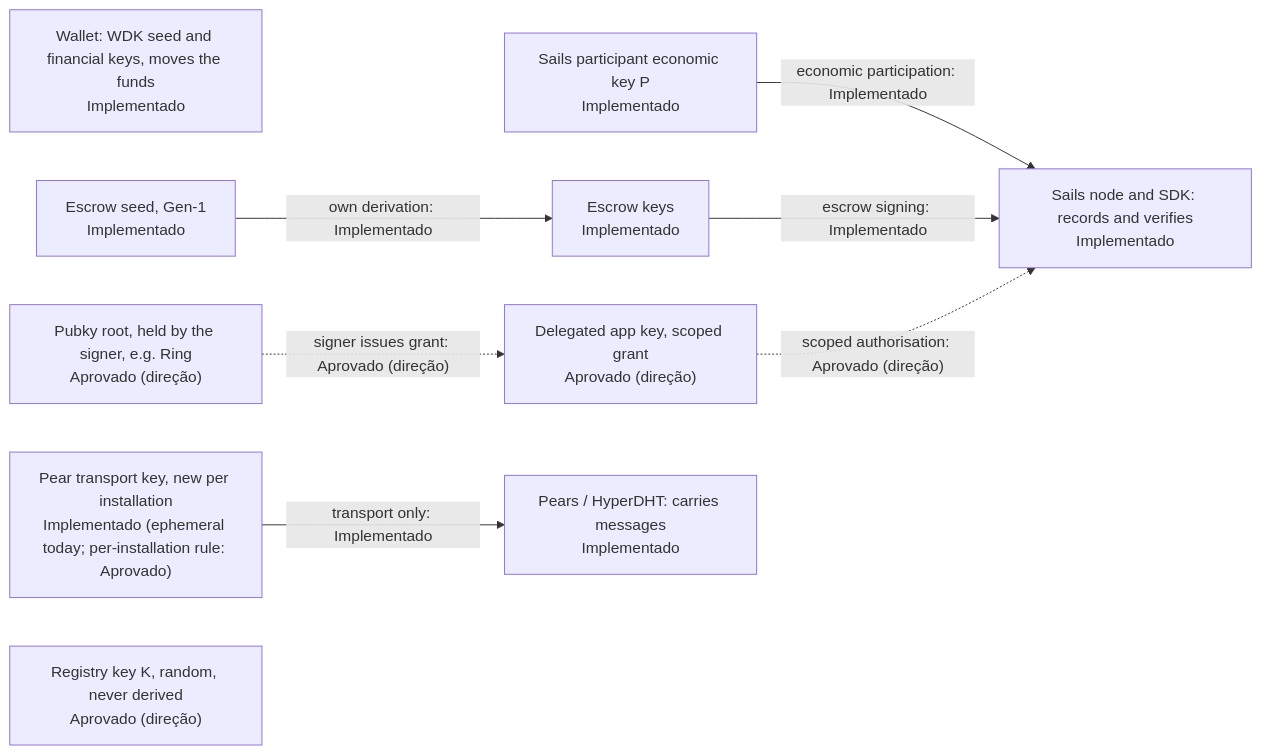
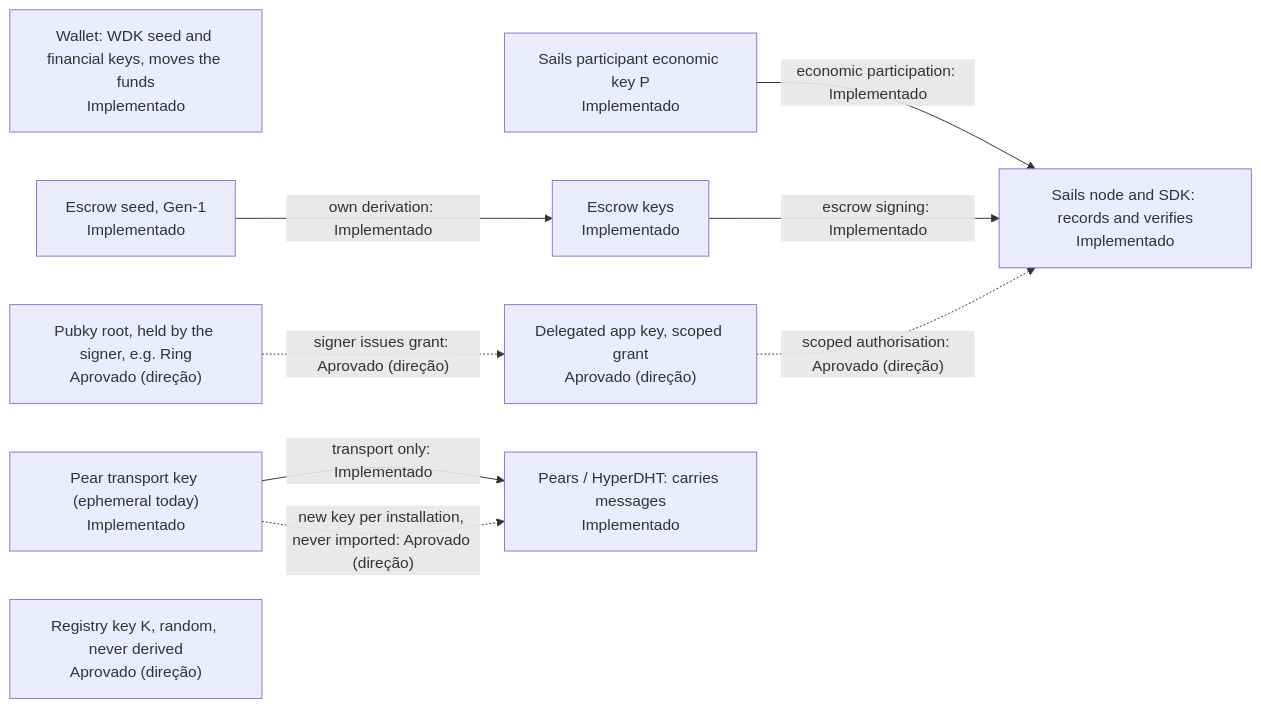
Before and after one commit to sails-protocol/Sails-Protocol: the third of 6 diagrams in docs/SYSTEM_DESIGN.md, drawn with Mermaid. The commit also changed other lines of this file, not shown here.

Commit message:
docs: ajustes de segurança/precisão dos diagramas de identidade (GK)

````diff
--- a/docs/SYSTEM_DESIGN.md
+++ b/docs/SYSTEM_DESIGN.md
@@ -643,19 +643,20 @@
 ```mermaid
 flowchart LR
   WDK["Wallet: WDK seed and financial keys, moves the funds<br/>Implementado"]
   P["Sails participant economic key P<br/>Implementado"]
   ES["Escrow seed, Gen-1<br/>Implementado"]
   EK["Escrow keys<br/>Implementado"]
   PR["Pubky root, held by the signer, e.g. Ring<br/>Aprovado (direção)"]
   DK["Delegated app key, scoped grant<br/>Aprovado (direção)"]
-  PK["Pear transport key, new per installation<br/>Implementado (ephemeral today; per-installation rule: Aprovado)"]
+  PK["Pear transport key (ephemeral today)<br/>Implementado"]
   K["Registry key K, random, never derived<br/>Aprovado (direção)"]
   N["Sails node and SDK: records and verifies<br/>Implementado"]
   PEER["Pears / HyperDHT: carries messages<br/>Implementado"]
   ES -->|"own derivation: Implementado"| EK
   P -->|"economic participation: Implementado"| N
   EK -->|"escrow signing: Implementado"| N
   PK -->|"transport only: Implementado"| PEER
+  PK -.->|"new key per installation, never imported: Aprovado (direção)"| PEER
   PR -.->|"signer issues grant: Aprovado (direção)"| DK
   DK -.->|"scoped authorisation: Aprovado (direção)"| N
 ```
````
